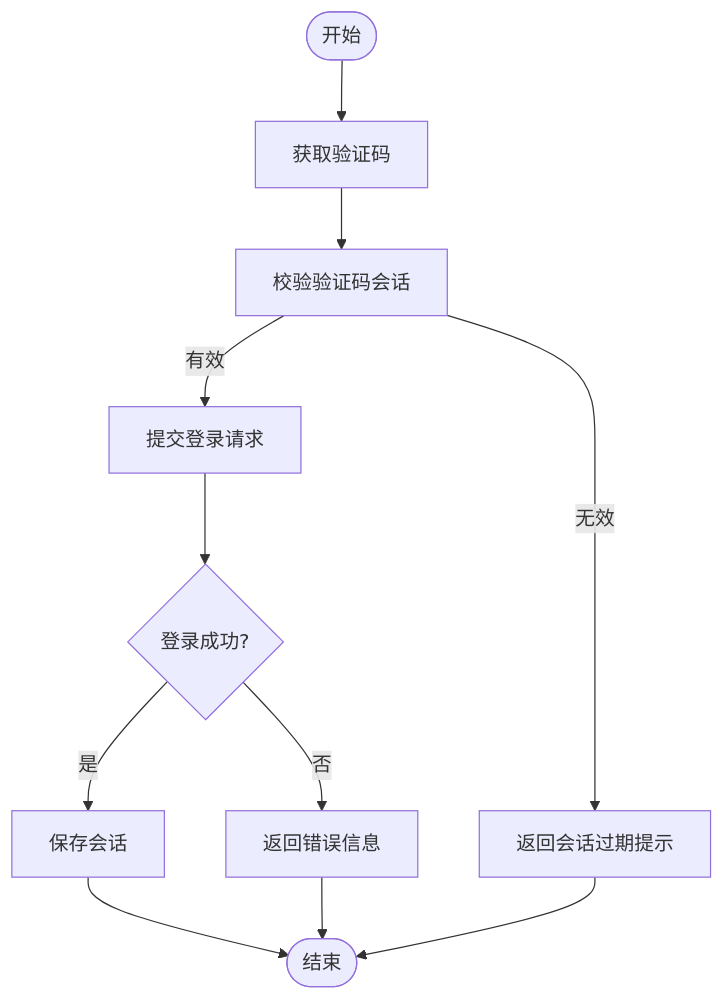
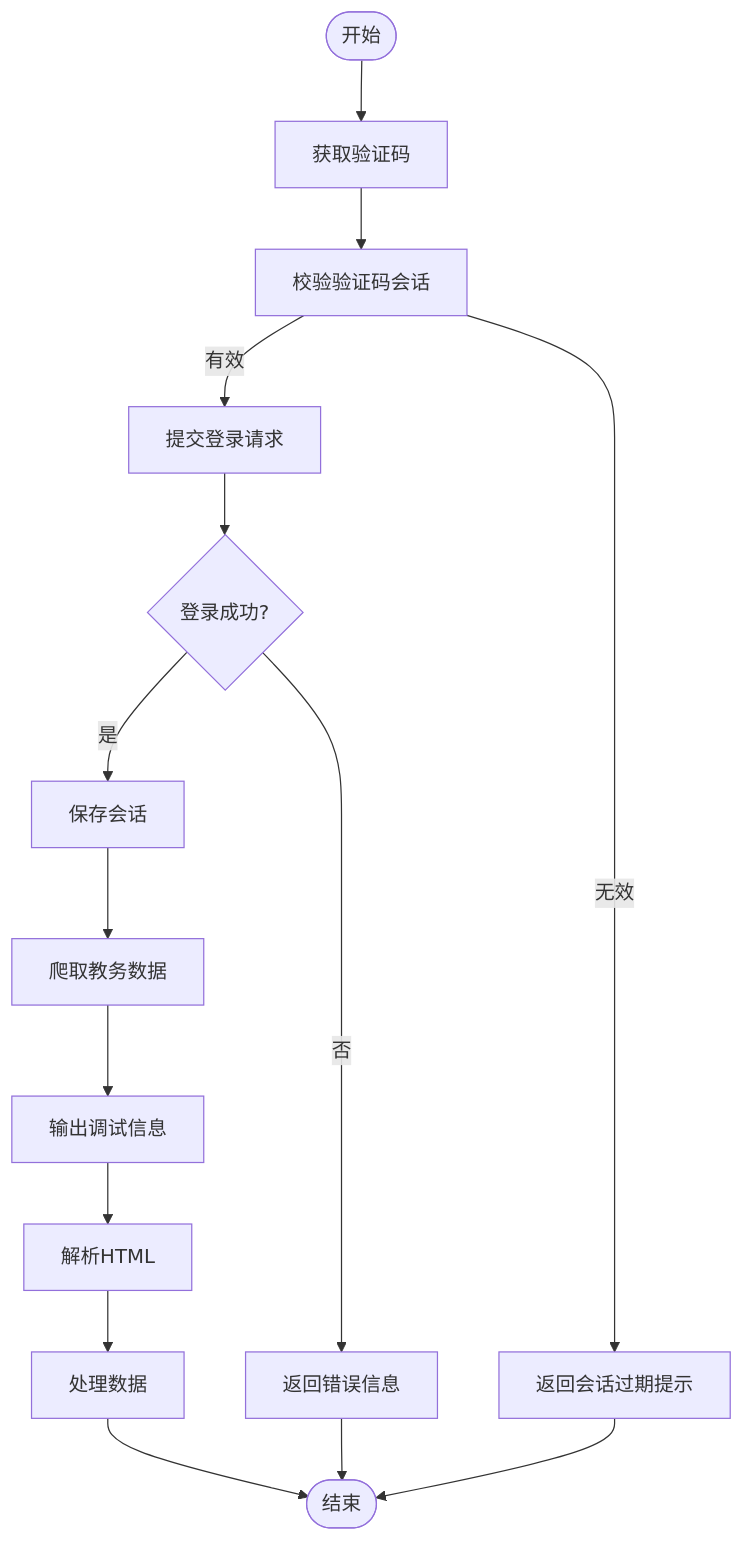
Before and after one commit to ghbbn053-ship-itsoulddog/soulddog: the fourth of 5 diagrams in .qoder/repowiki/zh/content/开发指南/调试工具/调试工具.md, drawn with Mermaid. The commit also changed other lines of this file and 5 other files, not shown here.

````diff
--- a/.qoder/repowiki/zh/content/开发指南/调试工具/调试工具.md
+++ b/.qoder/repowiki/zh/content/开发指南/调试工具/调试工具.md
@@ -169,13 +199,17 @@
 ```mermaid
 flowchart TD
 Start(["开始"]) --> GetCaptcha["获取验证码"]
 GetCaptcha --> ValidateSession["校验验证码会话"]
 ValidateSession --> |有效| Login["提交登录请求"]
 ValidateSession --> |无效| Expired["返回会话过期提示"]
 Login --> CheckResp{"登录成功?"}
 CheckResp --> |是| SaveSession["保存会话"]
 CheckResp --> |否| ShowError["返回错误信息"]
-SaveSession --> Done(["结束"])
+SaveSession --> ScrapeData["爬取教务数据"]
+ScrapeData --> DebugOutput["输出调试信息"]
+DebugOutput --> ParseHTML["解析HTML"]
+ParseHTML --> ProcessData["处理数据"]
+ProcessData --> Done(["结束"])
 ShowError --> Done
 Expired --> Done
 ```
````
